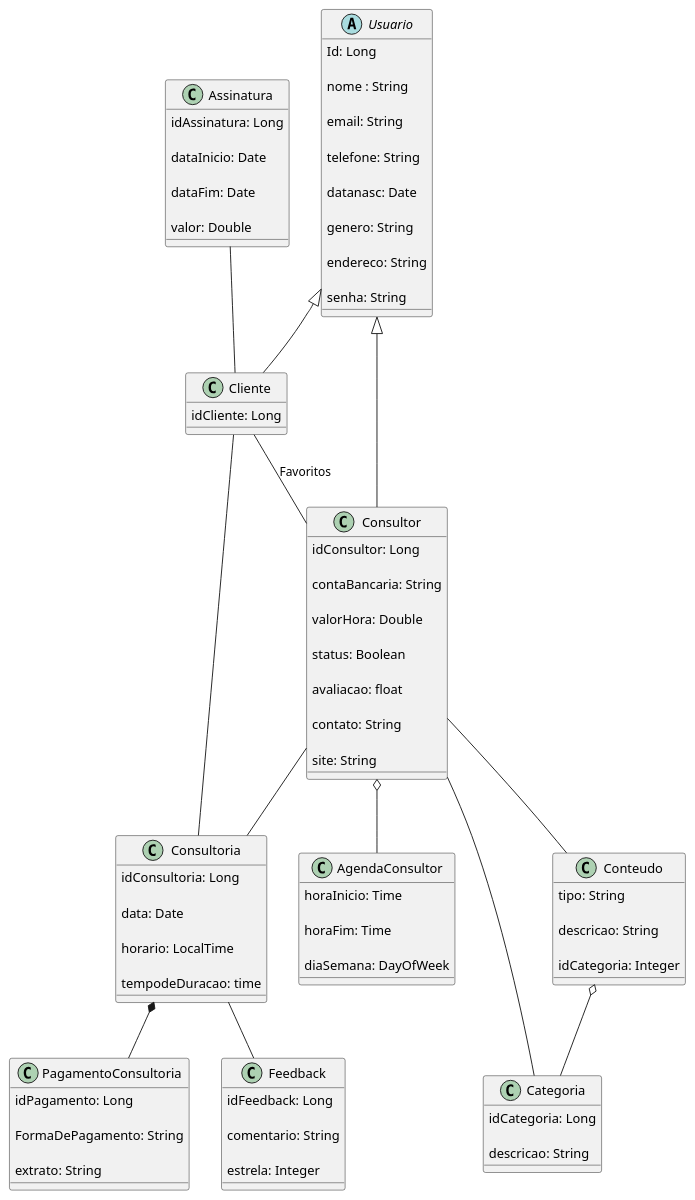
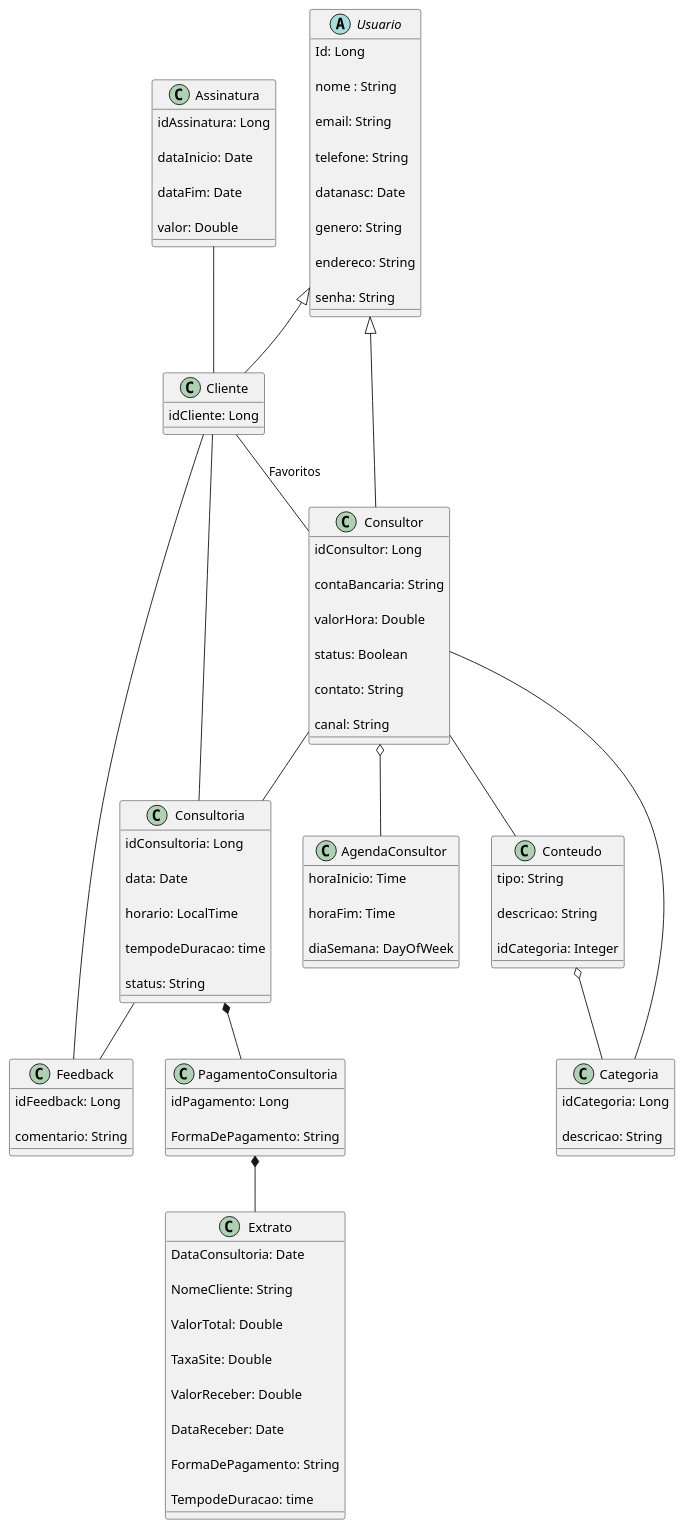
One commit to camycamyha/projetoEngSoftware changed the diagram in docs/modeloConceitual/modConceitual.puml. Above: the diagram before and after it, drawn with PlantUML. The commit also changed 16 other files, not shown here.

```diff
--- a/docs/modeloConceitual/modConceitual.puml
+++ b/docs/modeloConceitual/modConceitual.puml
@@ -1,162 +1,179 @@
 @startuml "Modelo Conceitual"
 
 abstract class Usuario {
 
     Id: Long
 
     nome : String
 
     email: String
 
     telefone: String
 
     datanasc: Date
 
     genero: String
 
     endereco: String
 
     senha: String
 
 
 }
 
  
 
 class Consultor {
 
     idConsultor: Long
 
     contaBancaria: String 
 
     valorHora: Double
 
     status: Boolean
 
-    avaliacao: float 
-
     contato: String
 
-    site: String
+    canal: String
 
 }
 
  
 
 class Cliente {
 
     idCliente: Long
 
 }
 
 
 
  class AgendaConsultor {
 
     horaInicio: Time
 
     horaFim: Time
 
     diaSemana: DayOfWeek
 
 
 }
 
 
 
 class Consultoria{
 
     idConsultoria: Long
 
     data: Date
 
     horario: LocalTime
 
     tempodeDuracao: time
 
+    status: String
 }
 
  
 
  class PagamentoConsultoria {
   
    idPagamento: Long
 
    FormaDePagamento: String
 
-   extrato: String
 }
 
- 
+
+class Extrato {
+    DataConsultoria: Date
+
+    NomeCliente: String
+
+    ValorTotal: Double
+
+    TaxaSite: Double
+
+    ValorReceber: Double
+
+    DataReceber: Date
+
+    FormaDePagamento: String
+
+    TempodeDuracao: time
+
+}
 
  class Assinatura{
 
      idAssinatura: Long
 
      dataInicio: Date
 
      dataFim: Date
 
      valor: Double
  }
 
  
 
 Class Categoria{
 
     idCategoria: Long
 
     descricao: String
 
 }
 
  
 
 Class Conteudo{
 
   tipo: String
 
   descricao: String
 
   idCategoria: Integer
 
 }
 
 Class Feedback{
 
     idFeedback: Long
 
     comentario: String
 
-    estrela: Integer
-
 }
 
  
+ PagamentoConsultoria *-- Extrato
 
 Consultor --|> Usuario
 
 Usuario <|-- Cliente 
  
 Cliente -- Consultor : Favoritos
 
 Consultor o-- AgendaConsultor
 
 Consultor -- Categoria
 
 Consultor -- Conteudo
 
 Conteudo o-- Categoria
 
 Consultor -- Consultoria
 
 Consultoria -- Feedback
 
+Cliente -- Feedback
+
 Consultoria *-- PagamentoConsultoria
 
 Assinatura -- Cliente
 
 Cliente -- Consultoria
 
 
 @enduml
```
